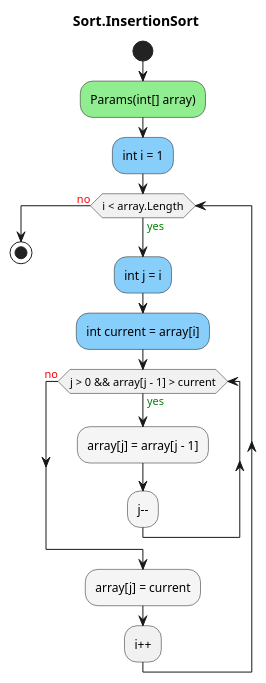
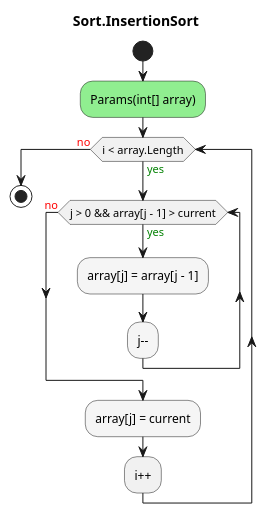
Before and after one commit to leoggehrer/2324-34_ABIF_ACIF_POSE: the diagram in SortingAlgorithms.ConApp/diagrams/ac_Sort_InsertionSort.puml, drawn with PlantUML. The commit also changed 13 other files, not shown here.

Commit message:
Generate sort diagrams.

```diff
--- a/SortingAlgorithms.ConApp/diagrams/ac_Sort_InsertionSort.puml
+++ b/SortingAlgorithms.ConApp/diagrams/ac_Sort_InsertionSort.puml
@@ -1,17 +1,14 @@
 @startuml Sort.InsertionSort
 title Sort.InsertionSort
 start
 #LightGreen:Params(int[] array);
-#LightSkyBlue:int i = 1;
 while (i < array.Length) is (<color:green>yes)
-        #LightSkyBlue:int j = i;
-        #LightSkyBlue:int current = array[i];
         while (j > 0 && array[j - 1] > current) is (<color:green>yes)
                 #WhiteSmoke:array[j] = array[j - 1];
                 #WhiteSmoke:j--;
         endwhile (<color:red>no)
         #WhiteSmoke:array[j] = current;
 :i++;
 endwhile (<color:red>no)
 stop
 @enduml
```
